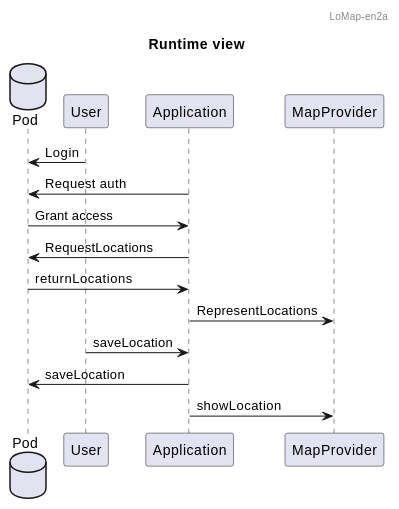
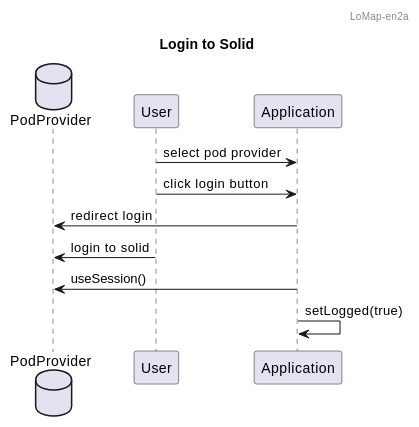
One commit to Arquisoft/lomap_en2a changed the first of 5 diagrams in docs/06_runtime_view.adoc. Above: the diagram before and after it, drawn with PlantUML. The commit also changed other lines of this file, not shown here.

Commit message:
Runtime view.

```diff
--- a/docs/06_runtime_view.adoc
+++ b/docs/06_runtime_view.adoc
@@ -5,20 +10,18 @@
-[plantuml,"General structure",png]
+[plantuml,"Login to Solid",png]
 ----
 @startuml
+header LoMap-en2a
 
-header LoMap-en2a
-title Runtime view
-database Pod
- 
-User-> Pod : Login
-Application ->Pod: Request auth
-Pod -> Application : Grant access
-Application -> Pod : RequestLocations
-Pod->Application : returnLocations
-Application -> MapProvider : RepresentLocations
-User ->Application :saveLocation
-Application -> Pod : saveLocation
-Application -> MapProvider : showLocation
+title Login to Solid
+
+database PodProvider
+
+User -> Application: select pod provider
+User -> Application: click login button
+Application-> PodProvider: redirect login
+User -> PodProvider: login to solid
+Application -> PodProvider: useSession()
+Application -> Application: setLogged(true)
 
 @enduml
 ----
```
